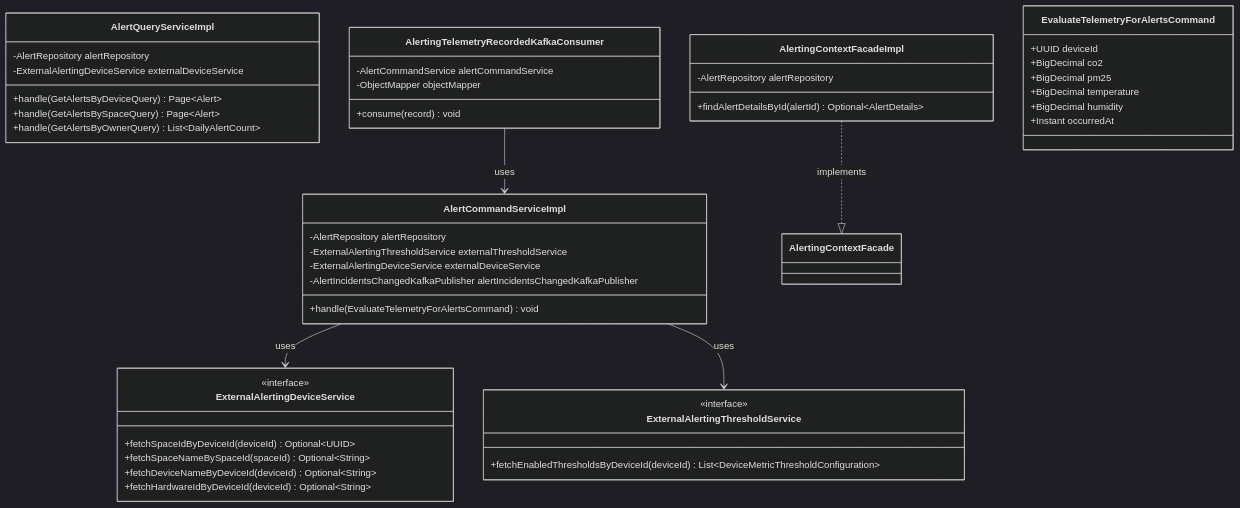
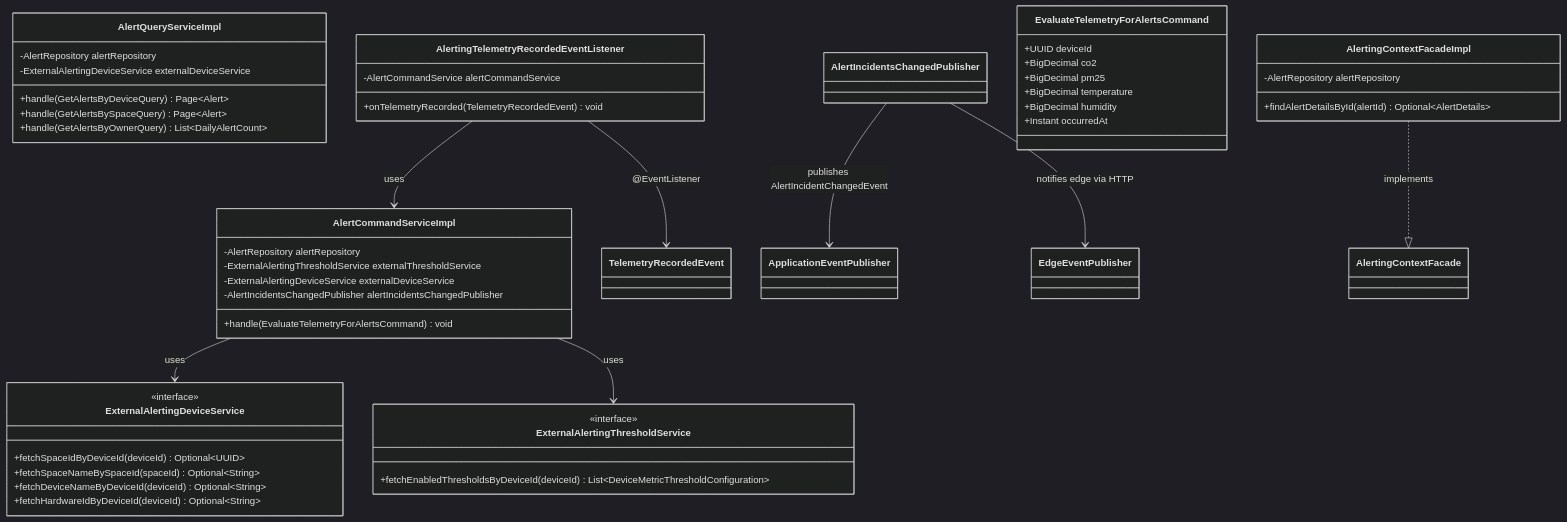
Before and after one commit to Vanana-Desarrollo-de-Soluciones-IOT/clair-core: the third of 5 diagrams in docs/class-diagrams/alerting-bc.md, drawn with Mermaid (dark theme). The commit also changed other lines of this file and 54 other files, not shown here.

````diff
--- a/docs/class-diagrams/alerting-bc.md
+++ b/docs/class-diagrams/alerting-bc.md
@@ -177,50 +182,52 @@
 ```mermaid
 classDiagram
 class AlertCommandServiceImpl {
     -AlertRepository alertRepository
     -ExternalAlertingThresholdService externalThresholdService
     -ExternalAlertingDeviceService externalDeviceService
-    -AlertIncidentsChangedKafkaPublisher alertIncidentsChangedKafkaPublisher
+    -AlertIncidentsChangedPublisher alertIncidentsChangedPublisher
     +handle(EvaluateTelemetryForAlertsCommand) void
 }
 class AlertQueryServiceImpl {
     -AlertRepository alertRepository
     -ExternalAlertingDeviceService externalDeviceService
     +handle(GetAlertsByDeviceQuery) Page~Alert~
     +handle(GetAlertsBySpaceQuery) Page~Alert~
     +handle(GetAlertsByOwnerQuery) List~DailyAlertCount~
 }
 class AlertingContextFacadeImpl {
     -AlertRepository alertRepository
     +findAlertDetailsById(alertId) Optional~AlertDetails~
 }
-class AlertingTelemetryRecordedKafkaConsumer {
+class AlertingTelemetryRecordedEventListener {
     -AlertCommandService alertCommandService
-    -ObjectMapper objectMapper
-    +consume(record) void
+    +onTelemetryRecorded(TelemetryRecordedEvent) void
 }
 class ExternalAlertingDeviceService {
     <<interface>>
     +fetchSpaceIdByDeviceId(deviceId) Optional~UUID~
     +fetchSpaceNameBySpaceId(spaceId) Optional~String~
     +fetchDeviceNameByDeviceId(deviceId) Optional~String~
     +fetchHardwareIdByDeviceId(deviceId) Optional~String~
 }
 class ExternalAlertingThresholdService {
     <<interface>>
     +fetchEnabledThresholdsByDeviceId(deviceId) List~DeviceMetricThresholdConfiguration~
 }
 class EvaluateTelemetryForAlertsCommand {
     +UUID deviceId
     +BigDecimal co2
     +BigDecimal pm25
     +BigDecimal temperature
     +BigDecimal humidity
     +Instant occurredAt
 }
 
-AlertingTelemetryRecordedKafkaConsumer --> AlertCommandServiceImpl : uses
+AlertingTelemetryRecordedEventListener --> AlertCommandServiceImpl : uses
+AlertingTelemetryRecordedEventListener --> TelemetryRecordedEvent : @EventListener
+AlertIncidentsChangedPublisher --> ApplicationEventPublisher : publishes AlertIncidentChangedEvent
+AlertIncidentsChangedPublisher --> EdgeEventPublisher : notifies edge via HTTP
 AlertCommandServiceImpl --> ExternalAlertingDeviceService : uses
 AlertCommandServiceImpl --> ExternalAlertingThresholdService : uses
 AlertingContextFacadeImpl ..|> AlertingContextFacade : implements
 ```
````
